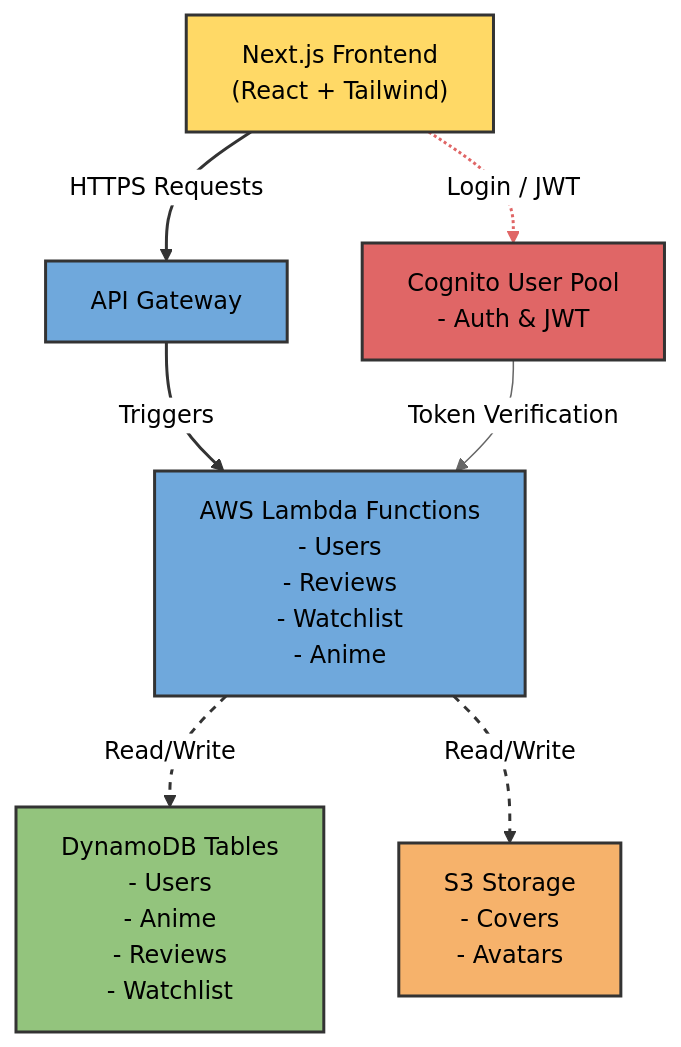
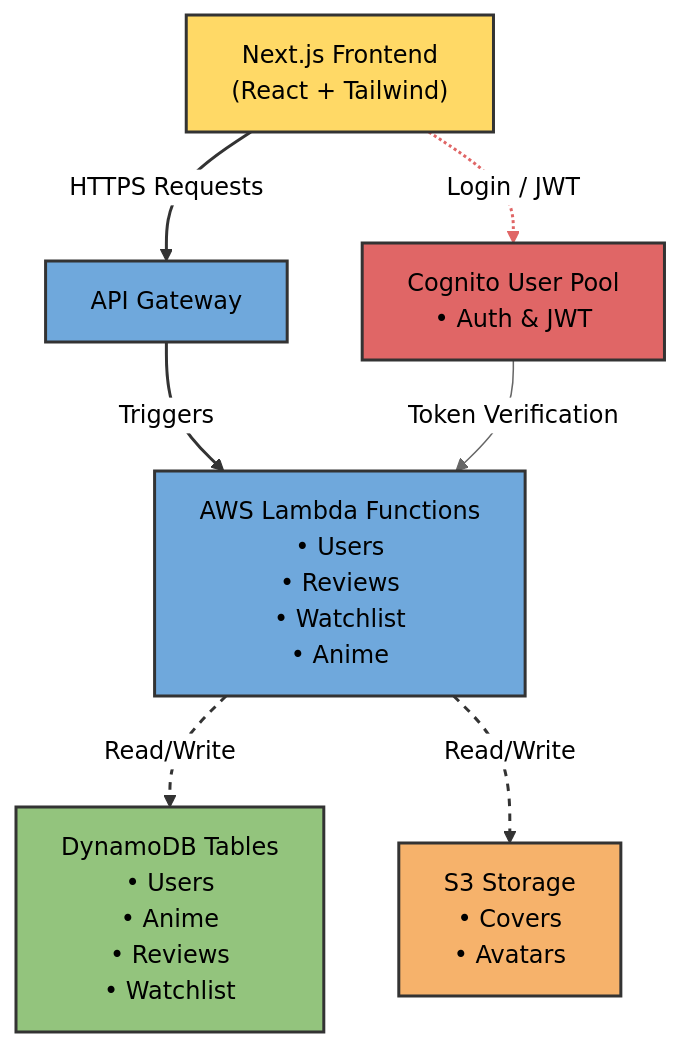
Before and after one commit to Adam-Kelly-05/Project300-Anime-Website: the diagram in README.md, drawn with Mermaid (neutral theme).

Commit message:
Change bullet points in README.md to dots

````diff
--- a/README.md
+++ b/README.md
@@ -102,32 +102,32 @@
 ```mermaid
 flowchart TD
     %% Style settings
     classDef frontend fill:#FFD966,stroke:#333,stroke-width:2px;
     classDef backend fill:#6FA8DC,stroke:#333,stroke-width:2px;
     classDef db fill:#93C47D,stroke:#333,stroke-width:2px;
     classDef auth fill:#E06666,stroke:#333,stroke-width:2px;
     classDef storage fill:#F6B26B,stroke:#333,stroke-width:2px;
 
     %% Nodes
     A["Next.js Frontend\n(React + Tailwind)"]:::frontend
     B["API Gateway"]:::backend
-    C["AWS Lambda Functions\n- Users\n- Reviews\n- Watchlist\n- Anime"]:::backend
-    D["DynamoDB Tables\n- Users\n- Anime\n- Reviews\n- Watchlist"]:::db
-    E["S3 Storage\n- Covers\n- Avatars"]:::storage
-    F["Cognito User Pool\n- Auth & JWT"]:::auth
+    C["AWS Lambda Functions\n• Users\n• Reviews\n• Watchlist\n• Anime"]:::backend
+    D["DynamoDB Tables\n• Users\n• Anime\n• Reviews\n• Watchlist"]:::db
+    E["S3 Storage\n• Covers\n• Avatars"]:::storage
+    F["Cognito User Pool\n• Auth & JWT"]:::auth
 
     %% Connections
     A -->|HTTPS Requests| B
     B -->|Triggers| C
     C -->|Read/Write| D
     C -->|Read/Write| E
     A -->|Login / JWT| F
     F -->|Token Verification| C
 
     %% Additional styling for arrows
     linkStyle 0 stroke:#333,stroke-width:2px;
     linkStyle 1 stroke:#333,stroke-width:2px;
     linkStyle 2 stroke:#333,stroke-width:2px,stroke-dasharray: 5,5;
     linkStyle 3 stroke:#333,stroke-width:2px,stroke-dasharray: 5,5;
     linkStyle 4 stroke:#E06666,stroke-width:2px,stroke-dasharray: 2,2;
 ```
````
